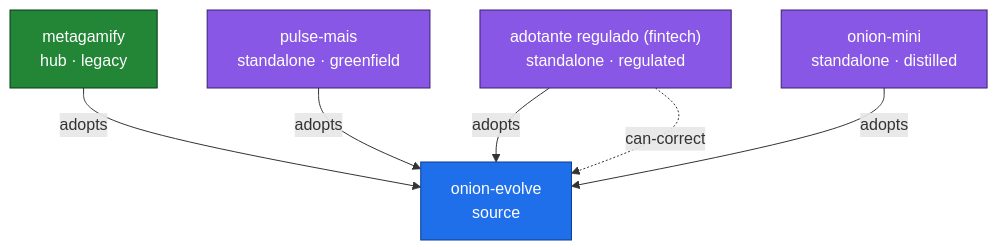
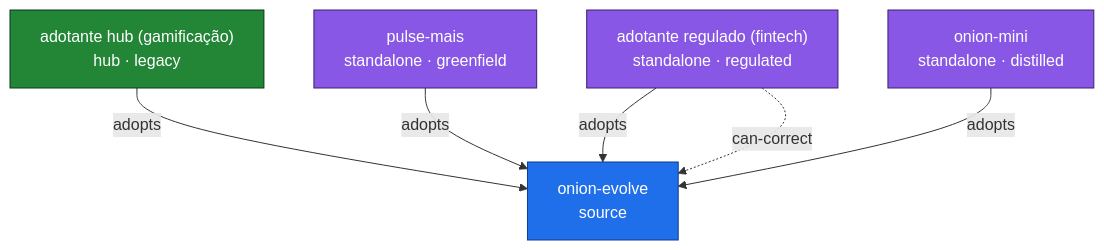
One commit to marciocar/onion-evolve changed the diagram in site/public/federacao/federation-map.md. Above: the diagram before and after it, drawn with Mermaid. The commit also changed other lines of this file and 2 other files, not shown here.

Commit message:
fix(site): o retrato da federação troca o id de um adotante hub por rótulo genérico
Decisão do maestro de 2026-11-08: sai o id, fica o pulse-mais.

Orquestrado com 🧅 Onion Evolve
Claude-Session: https://claude.ai/code/session_01LWN73wS5Sbj3DjqCSgy82x

````diff
--- a/site/public/federacao/federation-map.md
+++ b/site/public/federacao/federation-map.md
@@ -7,16 +7,16 @@
 ```mermaid
 flowchart TD
   onion_evolve["onion-evolve<br/>source"]:::source
-  metagamify["metagamify<br/>hub · legacy"]:::hub
+  adotante_hub["adotante hub (gamificação)<br/>hub · legacy"]:::hub
   pulse_mais["pulse-mais<br/>standalone · greenfield"]:::standalone
   adotante_regulado["adotante regulado (fintech)<br/>standalone · regulated"]:::standalone
   onion_mini["onion-mini<br/>standalone · distilled"]:::standalone
-  metagamify -->|adopts| onion_evolve
+  adotante_hub -->|adopts| onion_evolve
   pulse_mais -->|adopts| onion_evolve
   adotante_regulado -->|adopts| onion_evolve
   adotante_regulado -.->|can-correct| onion_evolve
   onion_mini -->|adopts| onion_evolve
   classDef source fill:#1f6feb,color:#fff,stroke:#0b3d91;
   classDef hub fill:#238636,color:#fff,stroke:#033a16;
   classDef standalone fill:#8957e5,color:#fff,stroke:#3c1e70;
 ```
````
